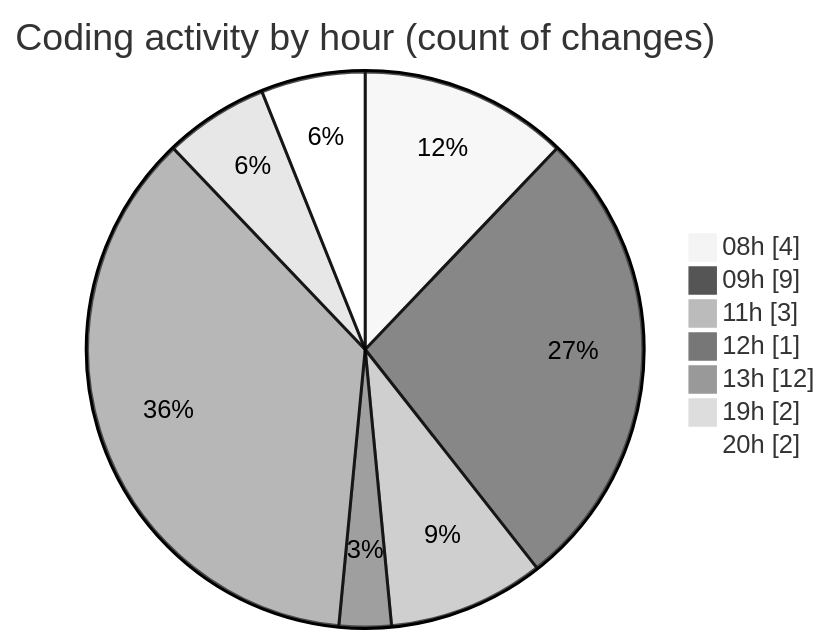
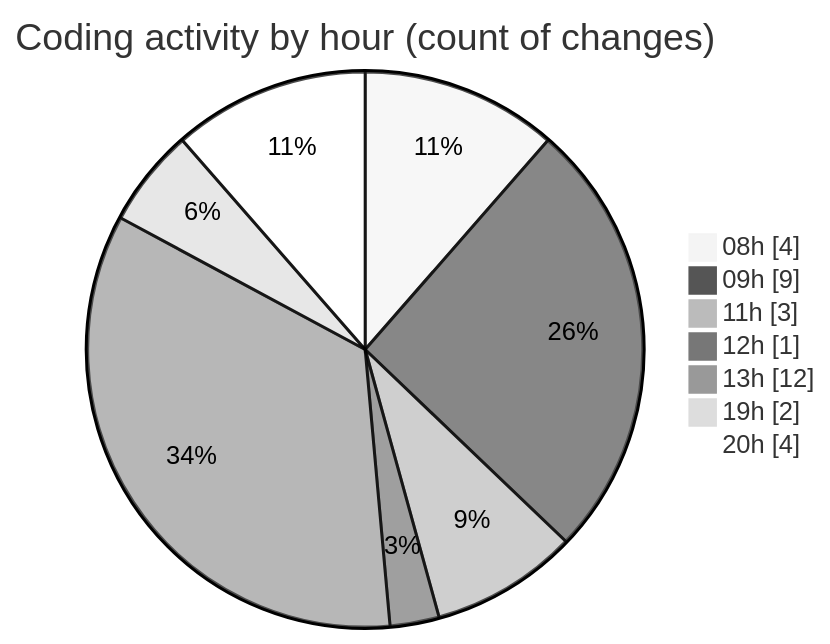
One commit to momahboobian/code-tracking changed the second of 2 diagrams in 2025-05-07/samplepdf/README.md. Above: the diagram before and after it, drawn with Mermaid (neutral theme). The commit also changed other lines of this file and 1 other file, not shown here.

````diff
--- a/2025-05-07/samplepdf/README.md
+++ b/2025-05-07/samplepdf/README.md
@@ -36,11 +36,11 @@
 ```mermaid
 pie showData
 title Coding activity by hour (count of changes)
 "08h" : 4
 "09h" : 9
 "11h" : 3
 "12h" : 1
 "13h" : 12
 "19h" : 2
-"20h" : 2
+"20h" : 4
 ```
````
